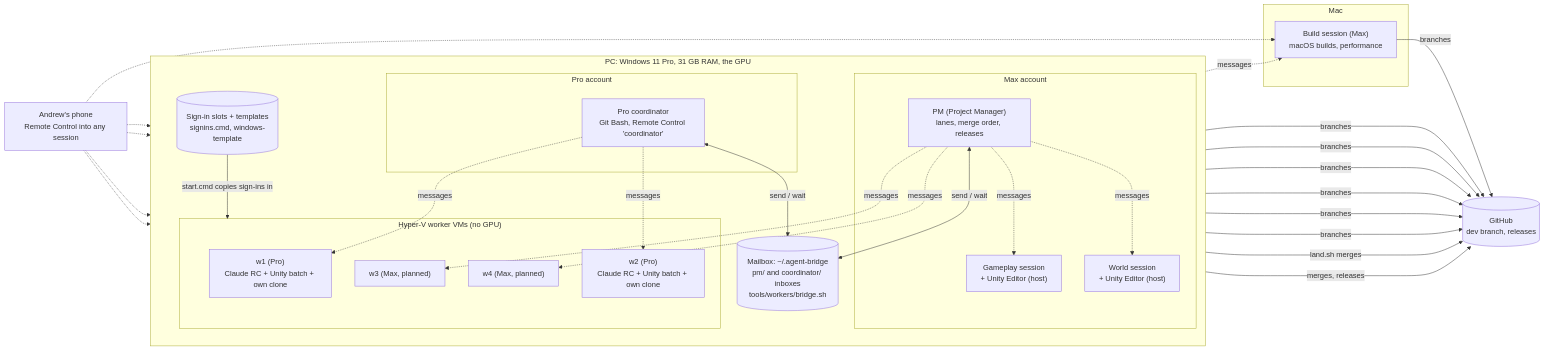
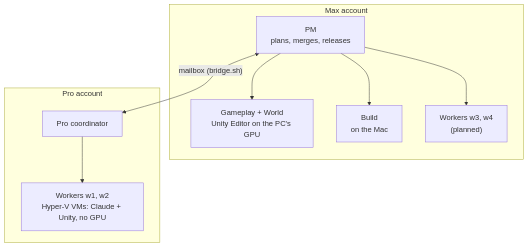
The diagram in docs/AGENT_SETUP.md (anweather/5e-compatible-game), drawn with Mermaid before and after one commit. The commit also changed other lines of this file, not shown here.

Commit message:
docs: AGENT_SETUP diagram simplified

````diff
--- a/docs/AGENT_SETUP.md
+++ b/docs/AGENT_SETUP.md
@@ -8,42 +8,16 @@
 ```mermaid
-flowchart LR
-  phone["Andrew's phone<br/>Remote Control into any session"]
-
-  subgraph PC["PC: Windows 11 Pro, 31 GB RAM, the GPU"]
-    direction TB
-    subgraph MAX["Max account"]
-      pm["PM (Project Manager)<br/>lanes, merge order, releases"]
-      gp["Gameplay session<br/>+ Unity Editor (host)"]
-      wd["World session<br/>+ Unity Editor (host)"]
-    end
-    subgraph PRO["Pro account"]
-      co["Pro coordinator<br/>Git Bash, Remote Control 'coordinator'"]
-    end
-    bridge[("Mailbox: ~/.agent-bridge<br/>pm/ and coordinator/ inboxes<br/>tools/workers/bridge.sh")]
-    subgraph HV["Hyper-V worker VMs (no GPU)"]
-      w1["w1 (Pro)<br/>Claude RC + Unity batch + own clone"]
-      w2["w2 (Pro)<br/>Claude RC + Unity batch + own clone"]
-      w3["w3 (Max, planned)"]
-      w4["w4 (Max, planned)"]
-    end
-    slots[("Sign-in slots + templates<br/>signins.cmd, windows-template")]
+flowchart TB
+  subgraph MAX["Max account"]
+    pm["PM<br/>plans, merges, releases"]
+    host["Gameplay + World<br/>Unity Editor on the PC's GPU"]
+    mac["Build<br/>on the Mac"]
+    mw["Workers w3, w4<br/>(planned)"]
   end
-
-  subgraph MAC["Mac"]
-    bd["Build session (Max)<br/>macOS builds, performance"]
+  subgraph PRO["Pro account"]
+    co["Pro coordinator"]
+    pw["Workers w1, w2<br/>Hyper-V VMs: Claude + Unity, no GPU"]
   end
-
-  gh[("GitHub<br/>dev branch, releases")]
-
-  pm <-->|send / wait| bridge
-  co <-->|send / wait| bridge
-  pm -. messages .-> gp & wd & bd
-  pm -. messages .-> w3 & w4
-  co -. messages .-> w1 & w2
-  slots -->|start.cmd copies sign-ins in| HV
-  w1 & w2 & w3 & w4 -->|branches| gh
-  gp & wd & bd -->|branches| gh
-  co -->|land.sh merges| gh
-  pm -->|merges, releases| gh
-  phone -.-> pm & co & gp & wd & bd
+  pm <-->|"mailbox (bridge.sh)"| co
+  pm --> host & mac & mw
+  co --> pw
 ```
````
